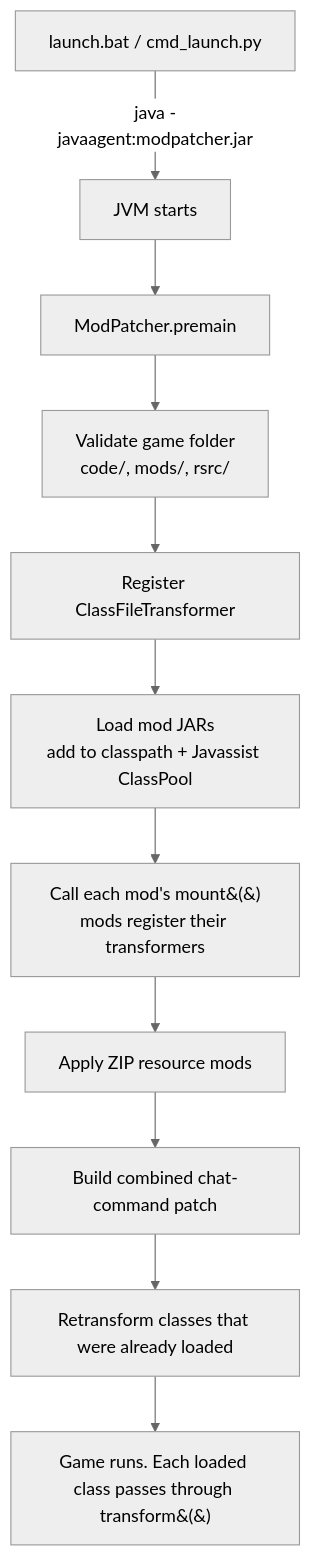
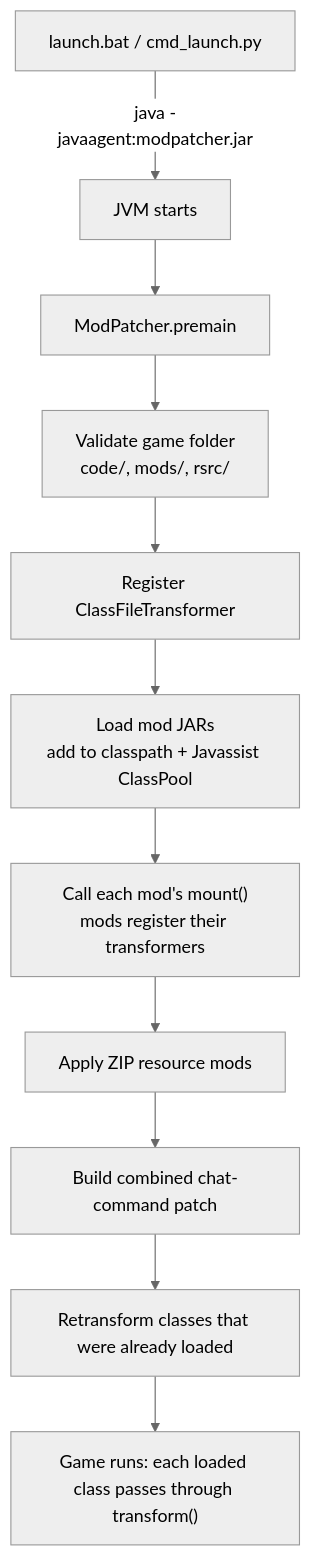
One commit to disusen/ProjectX-ModLoader changed the diagram in README.md. Above: the diagram before and after it, drawn with Mermaid (neutral theme).

````diff
--- a/README.md
+++ b/README.md
@@ -11,13 +11,13 @@
 ```mermaid
 flowchart TD
-    A[launch.bat / cmd_launch.py] -->|java -javaagent:modpatcher.jar| B[JVM starts]
-    B --> C[ModPatcher.premain]
-    C --> D[Validate game folder<br/>code/, mods/, rsrc/]
-    D --> E[Register ClassFileTransformer]
-    E --> F[Load mod JARs<br/>add to classpath + Javassist ClassPool]
-    F --> G[Call each mod's mount&#40;&#41;<br/>mods register their transformers]
-    G --> H[Apply ZIP resource mods]
-    H --> I[Build combined chat-command patch]
-    I --> J[Retransform classes that were already loaded]
-    J --> K[Game runs. Each loaded class passes through transform&#40;&#41;]
+    A["launch.bat / cmd_launch.py"] -->|"java -javaagent:modpatcher.jar"| B["JVM starts"]
+    B --> C["ModPatcher.premain"]
+    C --> D["Validate game folder<br/>code/, mods/, rsrc/"]
+    D --> E["Register ClassFileTransformer"]
+    E --> F["Load mod JARs<br/>add to classpath + Javassist ClassPool"]
+    F --> G["Call each mod's mount()<br/>mods register their transformers"]
+    G --> H["Apply ZIP resource mods"]
+    H --> I["Build combined chat-command patch"]
+    I --> J["Retransform classes that were already loaded"]
+    J --> K["Game runs: each loaded class passes through transform()"]
 ```
````
